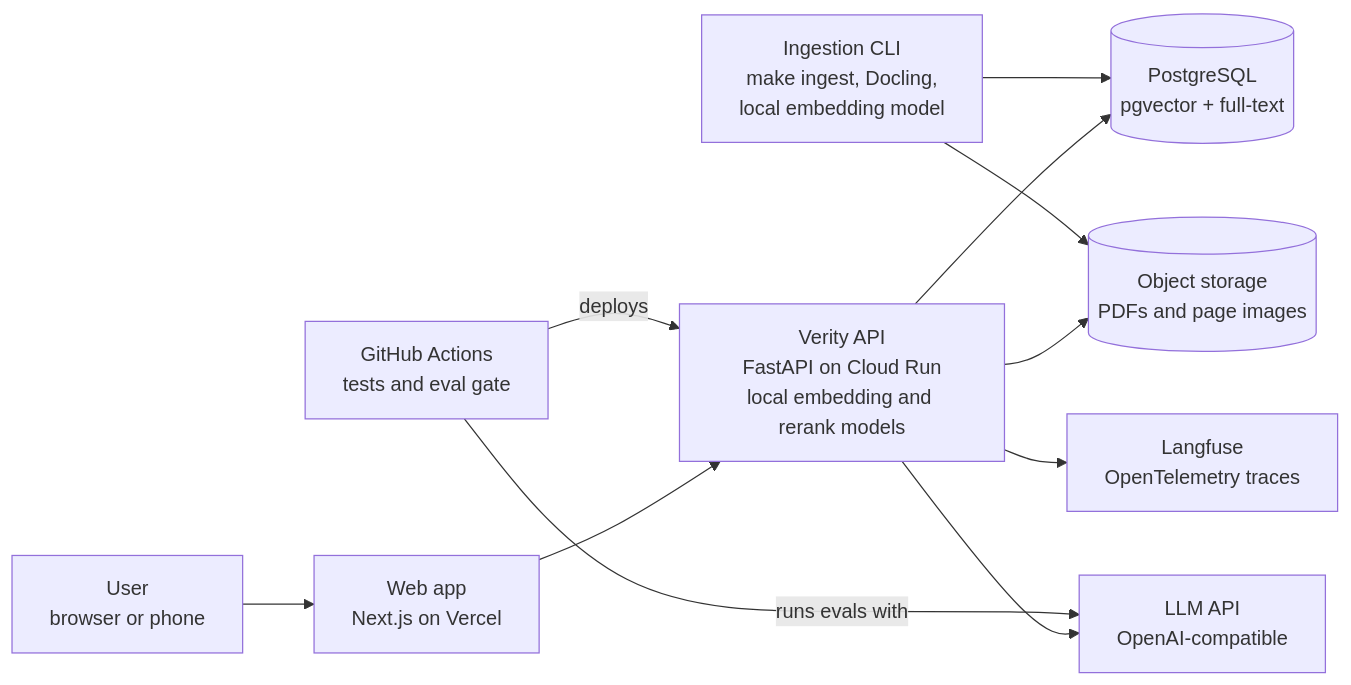
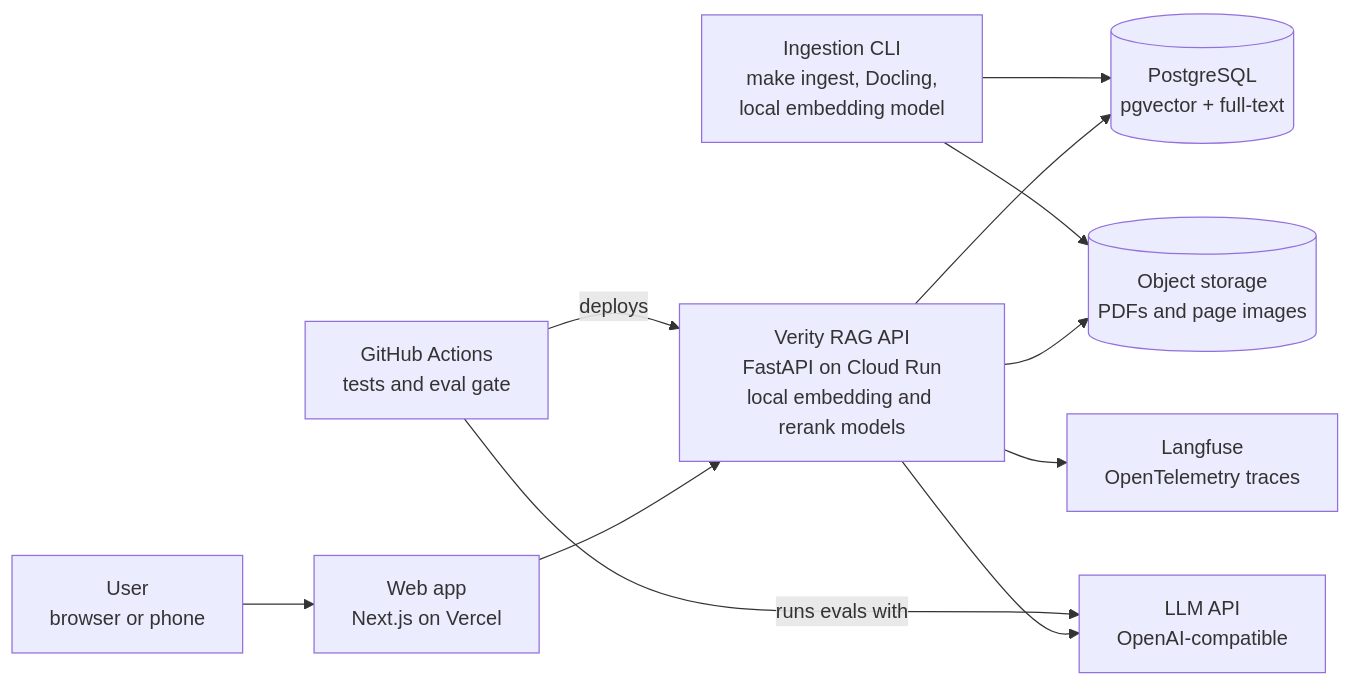
One commit to dileepadev/verity-rag changed the first of 5 diagrams in docs/design/02-architecture.md. Above: the diagram before and after it, drawn with Mermaid. The commit also changed other lines of this file and 26 other files, not shown here.

First line of the commit message:
docs(repo): Rename the project to Verity RAG (refs #5)

````diff
--- a/docs/design/02-architecture.md
+++ b/docs/design/02-architecture.md
@@ -24,22 +24,22 @@
 ```mermaid
 flowchart LR
     user["User<br/>browser or phone"]
     web["Web app<br/>Next.js on Vercel"]
-    api["Verity API<br/>FastAPI on Cloud Run<br/>local embedding and rerank models"]
+    api["Verity RAG API<br/>FastAPI on Cloud Run<br/>local embedding and rerank models"]
     db[("PostgreSQL<br/>pgvector + full-text")]
     store[("Object storage<br/>PDFs and page images")]
     llm["LLM API<br/>OpenAI-compatible"]
     obs["Langfuse<br/>OpenTelemetry traces"]
     ingest["Ingestion CLI<br/>make ingest, Docling,<br/>local embedding model"]
     ci["GitHub Actions<br/>tests and eval gate"]
 
     user --> web --> api
     api --> db
     api --> store
     api --> llm
     api --> obs
     ingest --> store
     ingest --> db
     ci -->|deploys| api
     ci -->|runs evals with| llm
 ```
````
